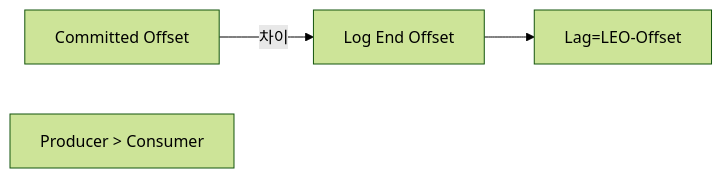
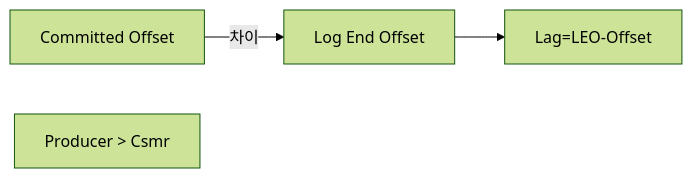
Before and after one commit to yjkim2015/yjkim2015.github.io: diagram 13 of 21 in _posts/kafka/2026-05-01-kafka-extreme-scenarios.md, drawn with Mermaid (forest theme). The commit also changed other lines of this file and 245 other files, not shown here.

First line of the commit message:
Mermaid 다이어그램 전면 수정 + 면접 포인트 접기/펼치기 + DB 데드락 페이지

````diff
--- a/_posts/kafka/2026-05-01-kafka-extreme-scenarios.md
+++ b/_posts/kafka/2026-05-01-kafka-extreme-scenarios.md
@@ -400,9 +400,9 @@
 ```mermaid
 graph LR
     LEO["Log End Offset"]
     CO["Committed Offset"]
     LAG["Lag=LEO-Offset"]
     CO -->|차이| LEO
     LEO --> LAG
-    NOTE["Producer > Consumer"]
+    NOTE["Producer > Csmr"]
 ```
````
